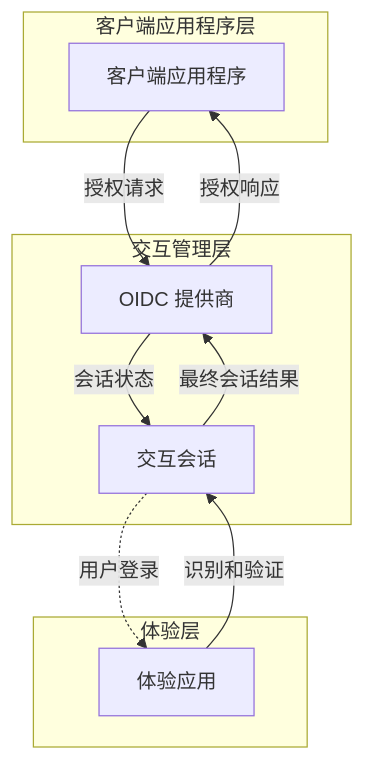
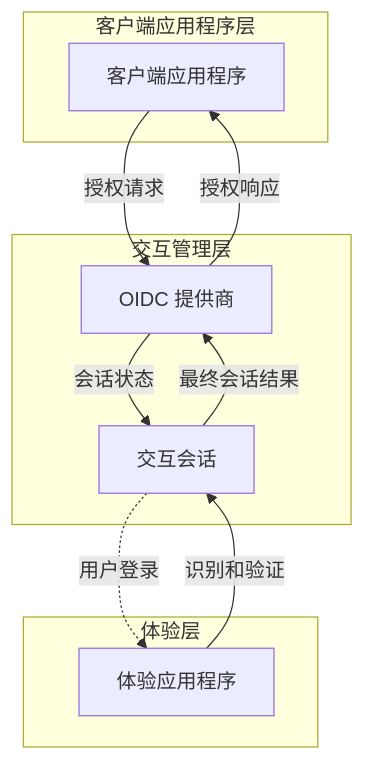
The second of 2 diagrams in i18n/zh-CN/docusaurus-plugin-content-docs/current/end-user-flows/sign-up-and-sign-in/README.mdx (logto-io/docs), drawn with Mermaid before and after one commit. The commit also changed other lines of this file and 407 other files, not shown here.

````diff
--- a/i18n/zh-CN/docusaurus-plugin-content-docs/current/end-user-flows/sign-up-and-sign-in/README.mdx
+++ b/i18n/zh-CN/docusaurus-plugin-content-docs/current/end-user-flows/sign-up-and-sign-in/README.mdx
@@ -47,24 +47,24 @@
 ```mermaid
 flowchart TD
   %% 层
   subgraph Layer1 [客户端应用程序层]
       A[客户端应用程序]
   end
 
   subgraph Layer2 [交互管理层]
       B[OIDC 提供商]
       C[交互会话]
   end
 
   subgraph Layer3 [体验层]
-      D[体验应用]
+      D[体验应用程序]
   end
 
   %% 连接
   A --> |授权请求| B
   B --> |会话状态| C
   C -.-> |用户登录| D
   D --> |识别和验证| C
   C --> |最终会话结果| B
   B --> |授权响应| A
 ```
````
